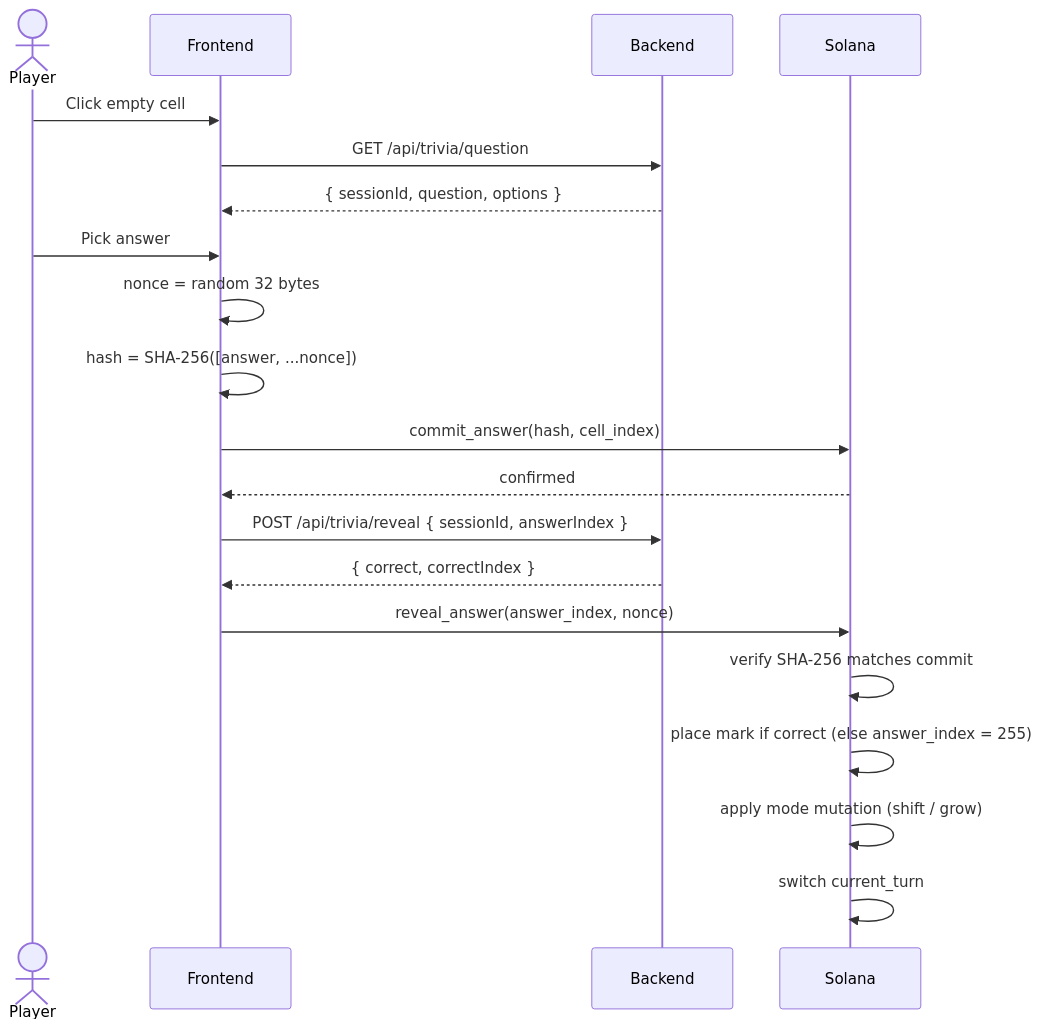
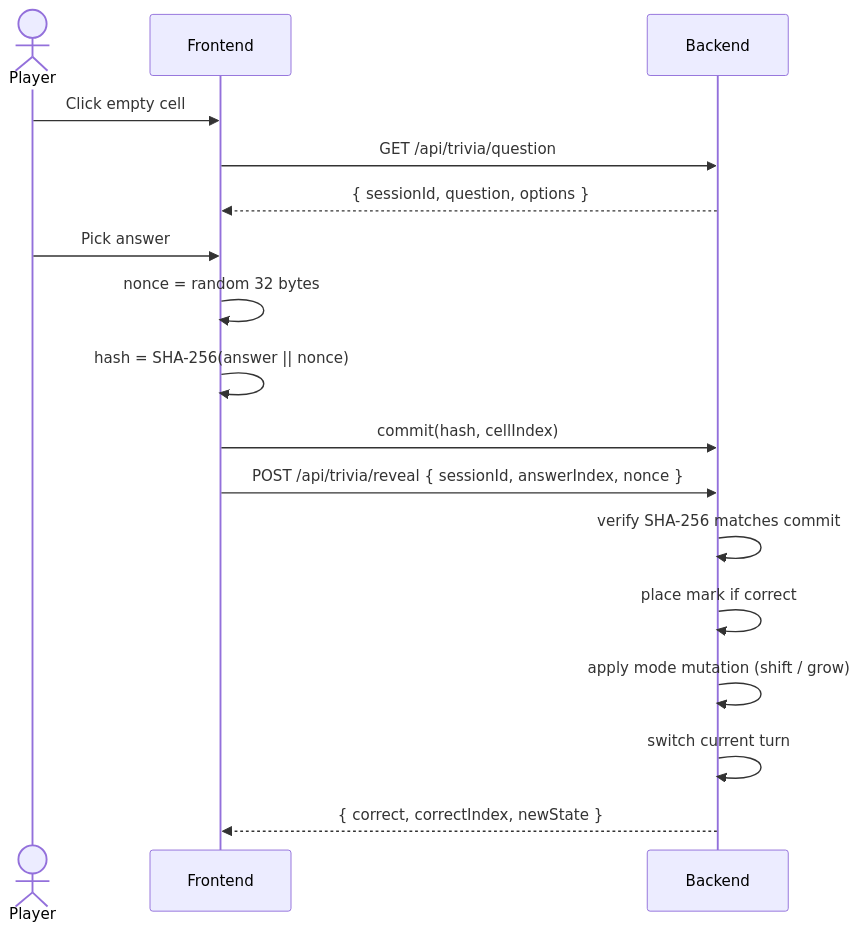
Before and after one commit to Im-A-Nuel/Mindduel: the diagram in docs/overview/how-it-works.md, drawn with Mermaid. The commit also changed other lines of this file and 20 other files, not shown here.

````diff
--- a/docs/overview/how-it-works.md
+++ b/docs/overview/how-it-works.md
@@ -29,26 +19,22 @@
 ```mermaid
 sequenceDiagram
     actor P as Player
     participant FE as Frontend
     participant BE as Backend
-    participant CH as Solana
 
     P->>FE: Click empty cell
     FE->>BE: GET /api/trivia/question
     BE-->>FE: { sessionId, question, options }
 
     P->>FE: Pick answer
     FE->>FE: nonce = random 32 bytes
-    FE->>FE: hash = SHA-256([answer, ...nonce])
-    FE->>CH: commit_answer(hash, cell_index)
-    CH-->>FE: confirmed
+    FE->>FE: hash = SHA-256(answer || nonce)
+    FE->>BE: commit(hash, cellIndex)
 
-    FE->>BE: POST /api/trivia/reveal { sessionId, answerIndex }
-    BE-->>FE: { correct, correctIndex }
-
-    FE->>CH: reveal_answer(answer_index, nonce)
-    CH->>CH: verify SHA-256 matches commit
-    CH->>CH: place mark if correct (else answer_index = 255)
-    CH->>CH: apply mode mutation (shift / grow)
-    CH->>CH: switch current_turn
+    FE->>BE: POST /api/trivia/reveal { sessionId, answerIndex, nonce }
+    BE->>BE: verify SHA-256 matches commit
+    BE->>BE: place mark if correct
+    BE->>BE: apply mode mutation (shift / grow)
+    BE->>BE: switch current turn
+    BE-->>FE: { correct, correctIndex, newState }
 ```
````
